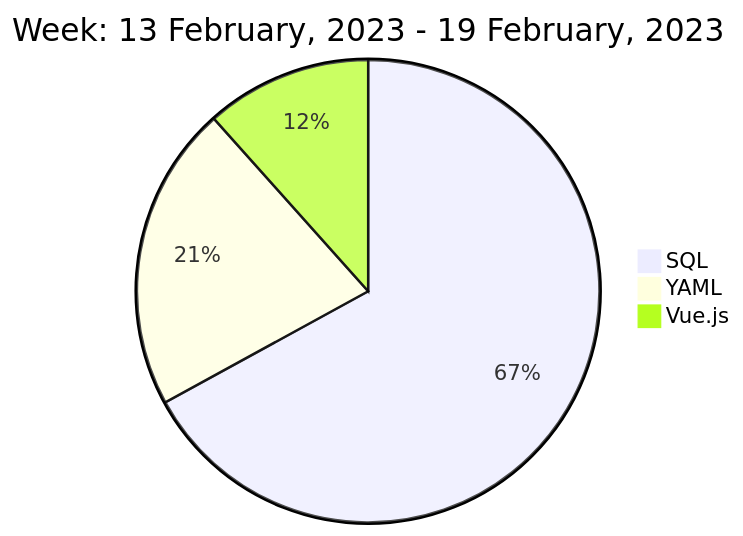
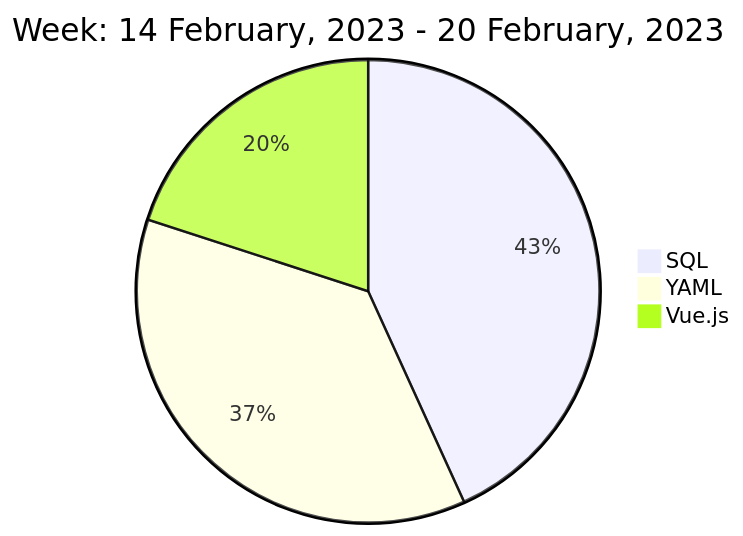
Before and after one commit to liubin95/liubin95: the diagram in README.md, drawn with Mermaid.

Commit message:
Updated the Graph with new Metrics

````diff
--- a/README.md
+++ b/README.md
@@ -40,7 +40,7 @@
 ```mermaid
  pie
-title Week: 13 February, 2023 - 19 February, 2023
- "SQL" : 4.33
+title Week: 14 February, 2023 - 20 February, 2023
+ "SQL" : 1.62
  "YAML" : 1.38
  "Vue.js" : 0.75
 ```
````
